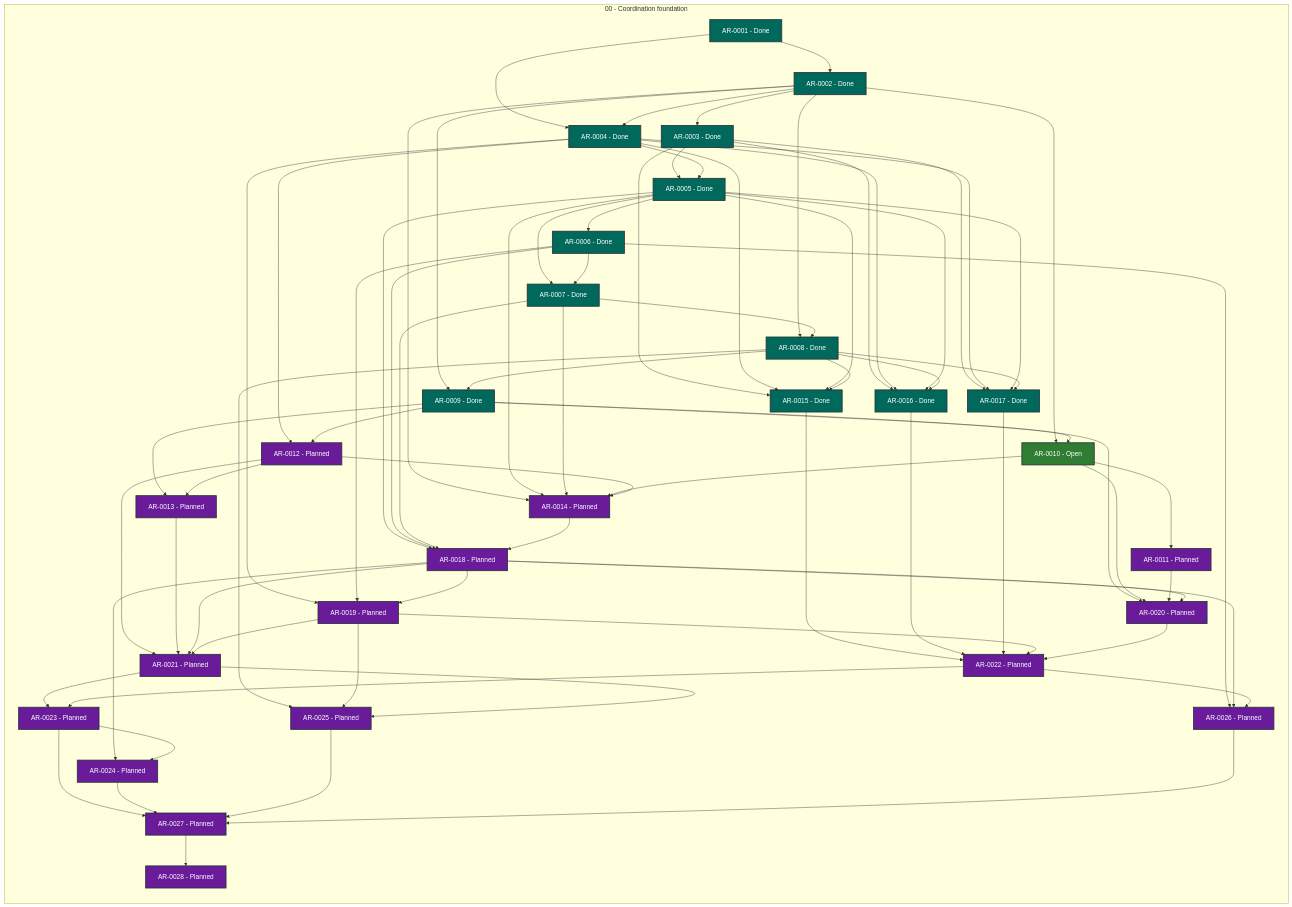
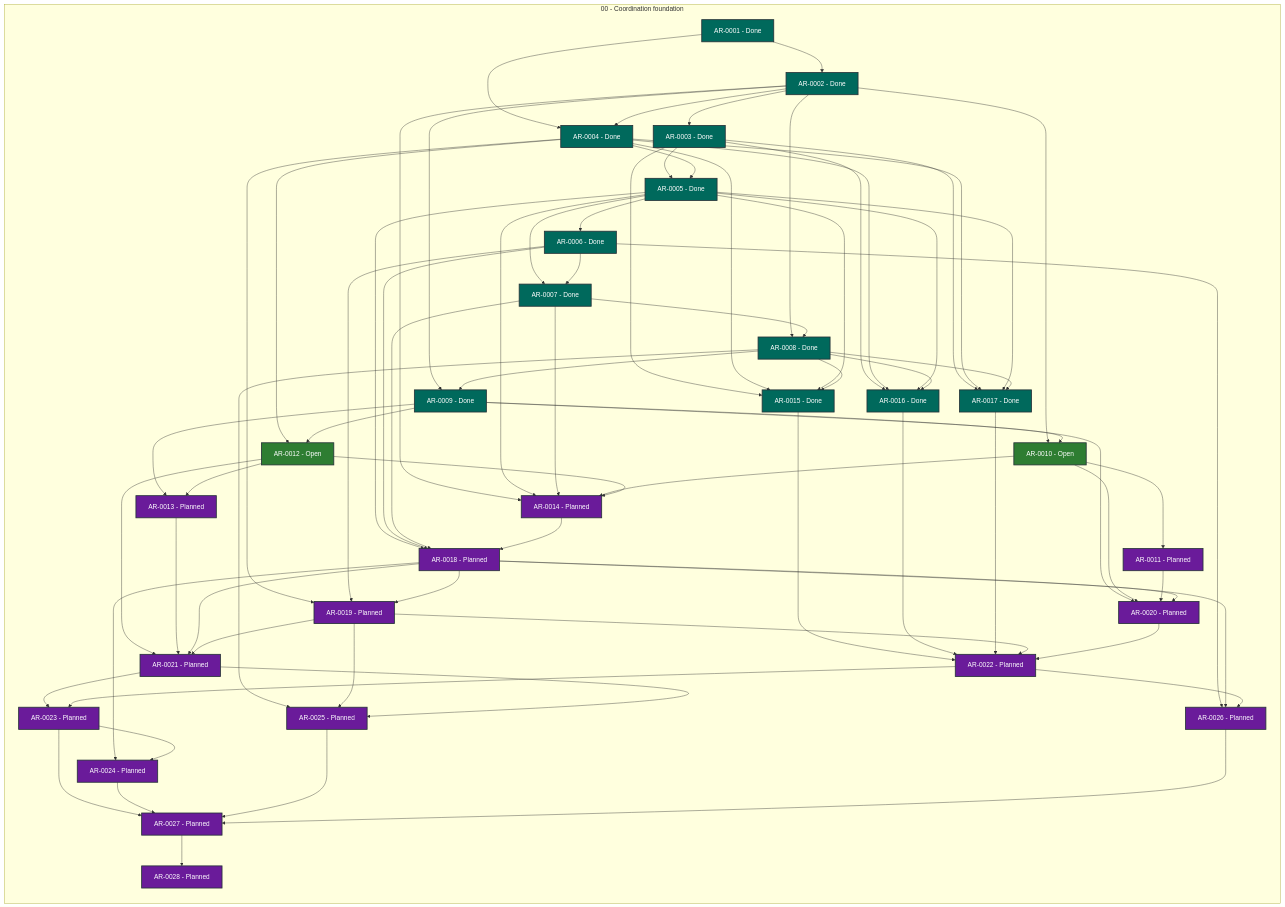
Before and after one commit to martin-beck/agent-workflow-runtime-state: the diagram in STATUS.md, drawn with Mermaid. The commit also changed other lines of this file and 2 other files, not shown here.

```diff
--- a/STATUS.md
+++ b/STATUS.md
@@ -39,7 +39,7 @@
         AR_0009["AR-0009 - Done"]:::status_done
         AR_0010["AR-0010 - Open"]:::status_open
         AR_0011["AR-0011 - Planned"]:::status_planned
-        AR_0012["AR-0012 - Planned"]:::status_planned
+        AR_0012["AR-0012 - Open"]:::status_open
         AR_0013["AR-0013 - Planned"]:::status_planned
         AR_0014["AR-0014 - Planned"]:::status_planned
         AR_0015["AR-0015 - Done"]:::status_done
```
